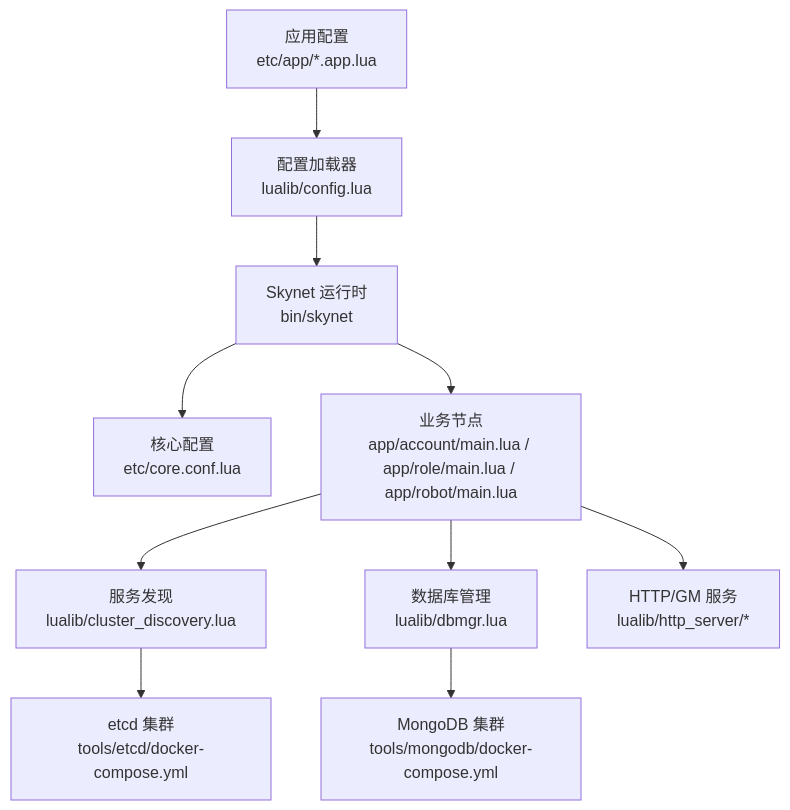
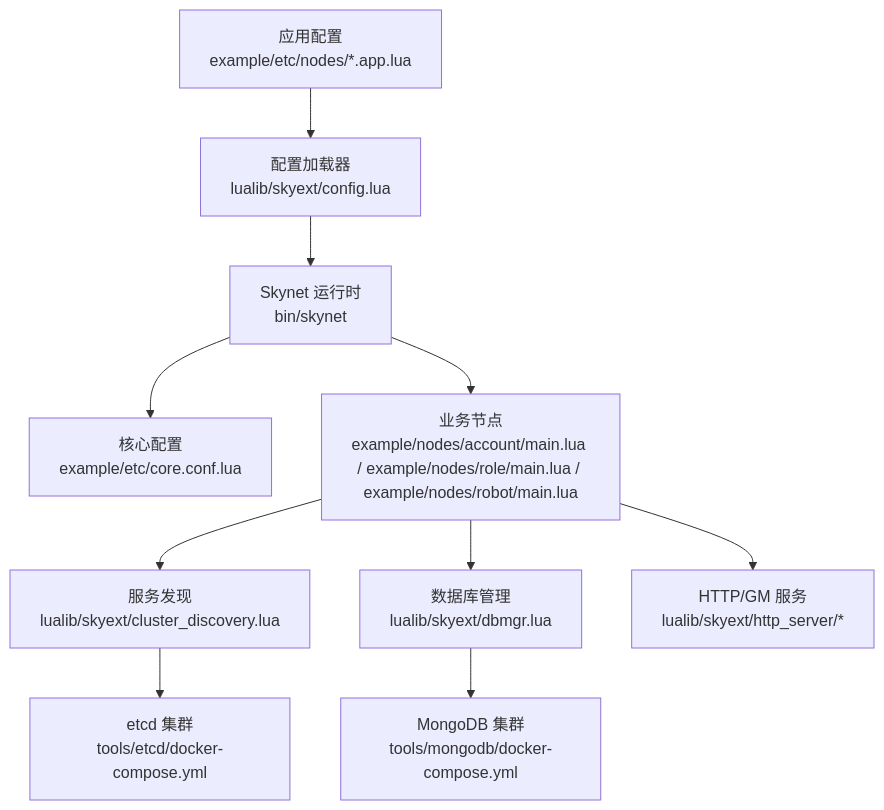
One commit to hanxi/skyext changed the first of 7 diagrams in docs/repowiki/zh/content/部署运维/部署指南.md. Above: the diagram before and after it, drawn with Mermaid. The commit also changed other lines of this file and 117 other files, not shown here.

````diff
--- a/docs/repowiki/zh/content/部署运维/部署指南.md
+++ b/docs/repowiki/zh/content/部署运维/部署指南.md
@@ -61,12 +61,12 @@
 ```mermaid
 graph TB
-A["应用配置<br/>etc/app/*.app.lua"] --> B["配置加载器<br/>lualib/config.lua"]
+A["应用配置<br/>example/etc/nodes/*.app.lua"] --> B["配置加载器<br/>lualib/skyext/config.lua"]
 B --> C["Skynet 运行时<br/>bin/skynet"]
-C --> D["核心配置<br/>etc/core.conf.lua"]
-C --> E["业务节点<br/>app/account/main.lua / app/role/main.lua / app/robot/main.lua"]
-E --> F["服务发现<br/>lualib/cluster_discovery.lua"]
-E --> G["数据库管理<br/>lualib/dbmgr.lua"]
-E --> H["HTTP/GM 服务<br/>lualib/http_server/*"]
+C --> D["核心配置<br/>example/etc/core.conf.lua"]
+C --> E["业务节点<br/>example/nodes/account/main.lua / example/nodes/role/main.lua / example/nodes/robot/main.lua"]
+E --> F["服务发现<br/>lualib/skyext/cluster_discovery.lua"]
+E --> G["数据库管理<br/>lualib/skyext/dbmgr.lua"]
+E --> H["HTTP/GM 服务<br/>lualib/skyext/http_server/*"]
 F --> I["etcd 集群<br/>tools/etcd/docker-compose.yml"]
 G --> J["MongoDB 集群<br/>tools/mongodb/docker-compose.yml"]
 ```
````
